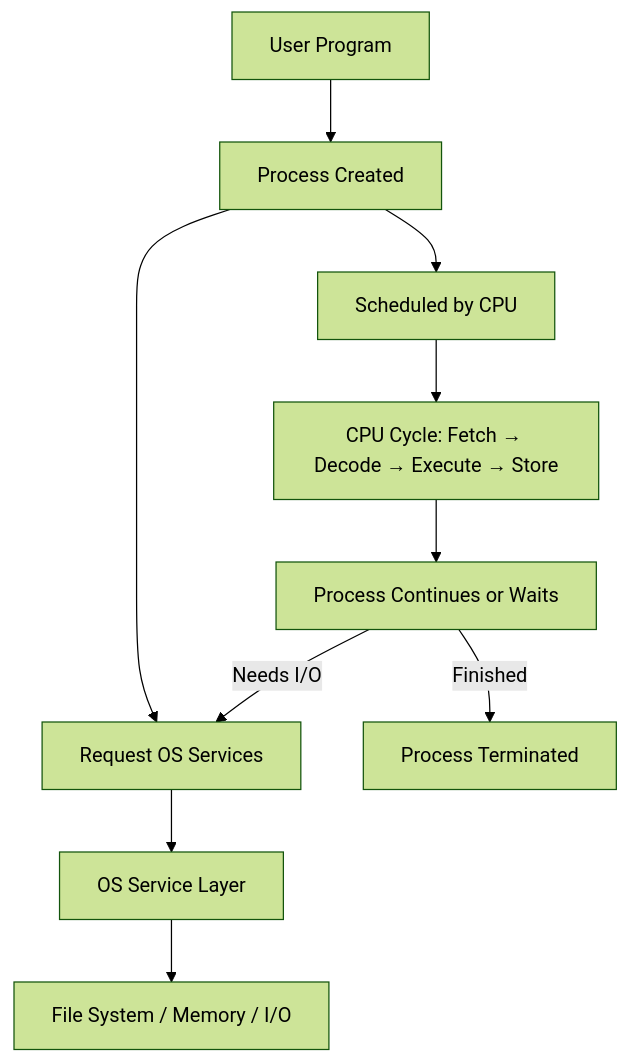
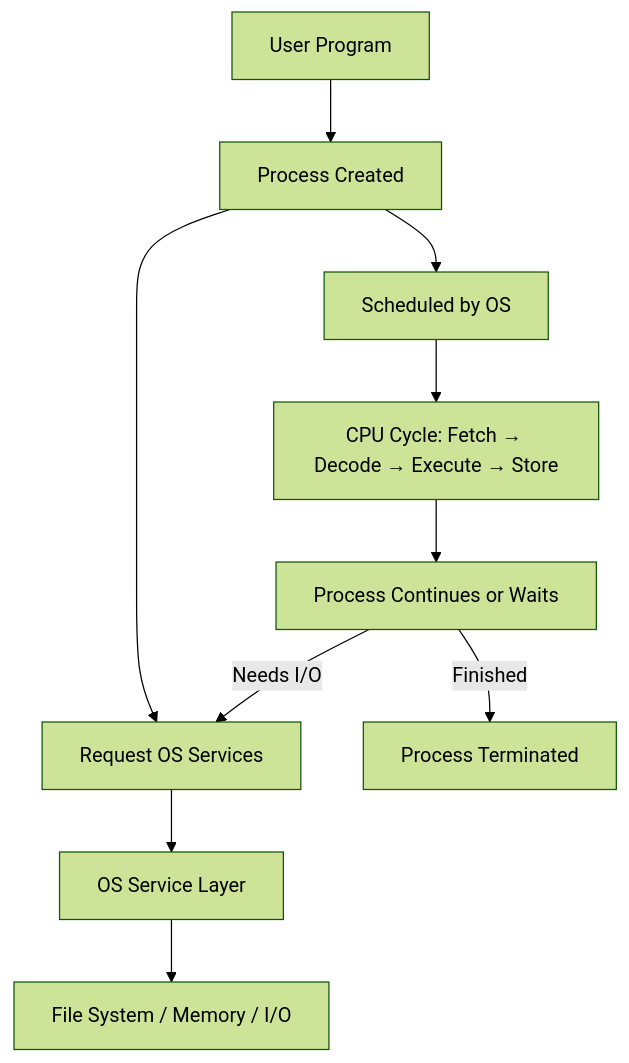
The diagram in CPUCycleOfProcess.md (Saravana1992-java/java-tutorial), drawn with Mermaid (forest theme) before and after one commit.

Commit message:
process scheduled by OS

````diff
--- a/CPUCycleOfProcess.md
+++ b/CPUCycleOfProcess.md
@@ -77,12 +77,12 @@
 ```mermaid
 flowchart TD
     A[User Program] --> B[Process Created]
     B --> C[Request OS Services]
     C --> D[OS Service Layer]
     D --> E[File System / Memory / I/O]
-    B --> F[Scheduled by CPU]
+    B --> F[Scheduled by OS]
     F --> G[CPU Cycle: Fetch → Decode → Execute → Store]
     G --> H[Process Continues or Waits]
     H -->|Needs I/O| C
     H -->|Finished| I[Process Terminated]
 ```
````
